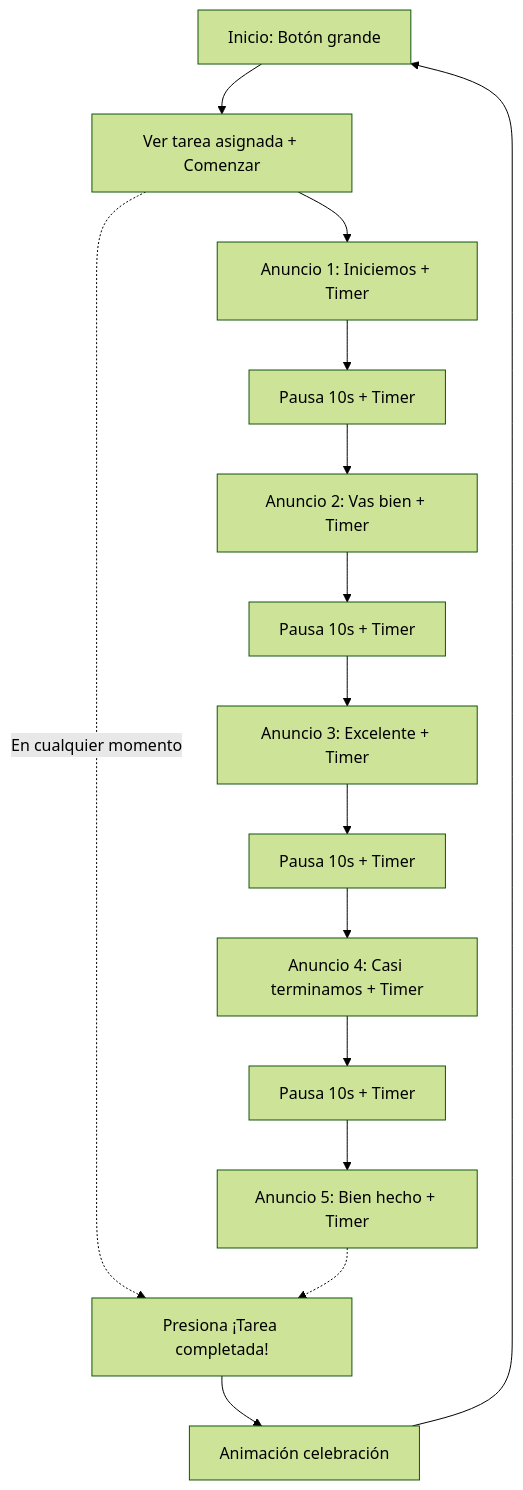
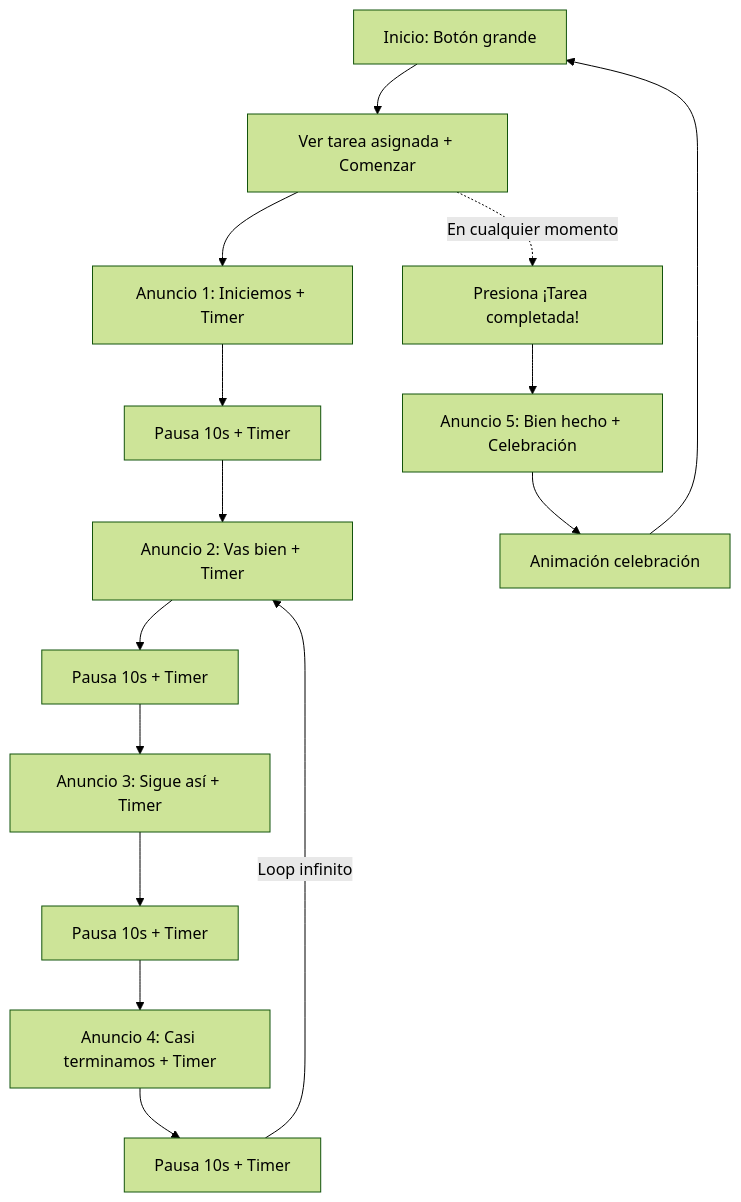
The first of 2 diagrams in _bmad-output/planning/ux-design-specification.md (gtorresrdz64/sarah_app), drawn with Mermaid (forest theme) before and after one commit. The commit also changed other lines of this file and 5 other files, not shown here.

````diff
--- a/_bmad-output/planning/ux-design-specification.md
+++ b/_bmad-output/planning/ux-design-specification.md
@@ -204,17 +204,17 @@
 ```mermaid
 graph TD
     A[Inicio: Botón grande] --> B[Ver tarea asignada + Comenzar]
     B --> C[Anuncio 1: Iniciemos + Timer]
     C --> D[Pausa 10s + Timer]
     D --> E[Anuncio 2: Vas bien + Timer]
     E --> F[Pausa 10s + Timer]
-    F --> G[Anuncio 3: Excelente + Timer]
+    F --> G[Anuncio 3: Sigue así + Timer]
     G --> H[Pausa 10s + Timer]
     H --> I[Anuncio 4: Casi terminamos + Timer]
     I --> J[Pausa 10s + Timer]
-    J --> K[Anuncio 5: Bien hecho + Timer]
-    B -.->|En cualquier momento| L[Presiona ¡Tarea completada!]
-    K -.-> L
+    J -->|Loop infinito| E
+    B -.->|En cualquier momento| K[Presiona ¡Tarea completada!]
+    K --> L[Anuncio 5: Bien hecho + Celebración]
     L --> M[Animación celebración]
     M --> A
 ```
````
